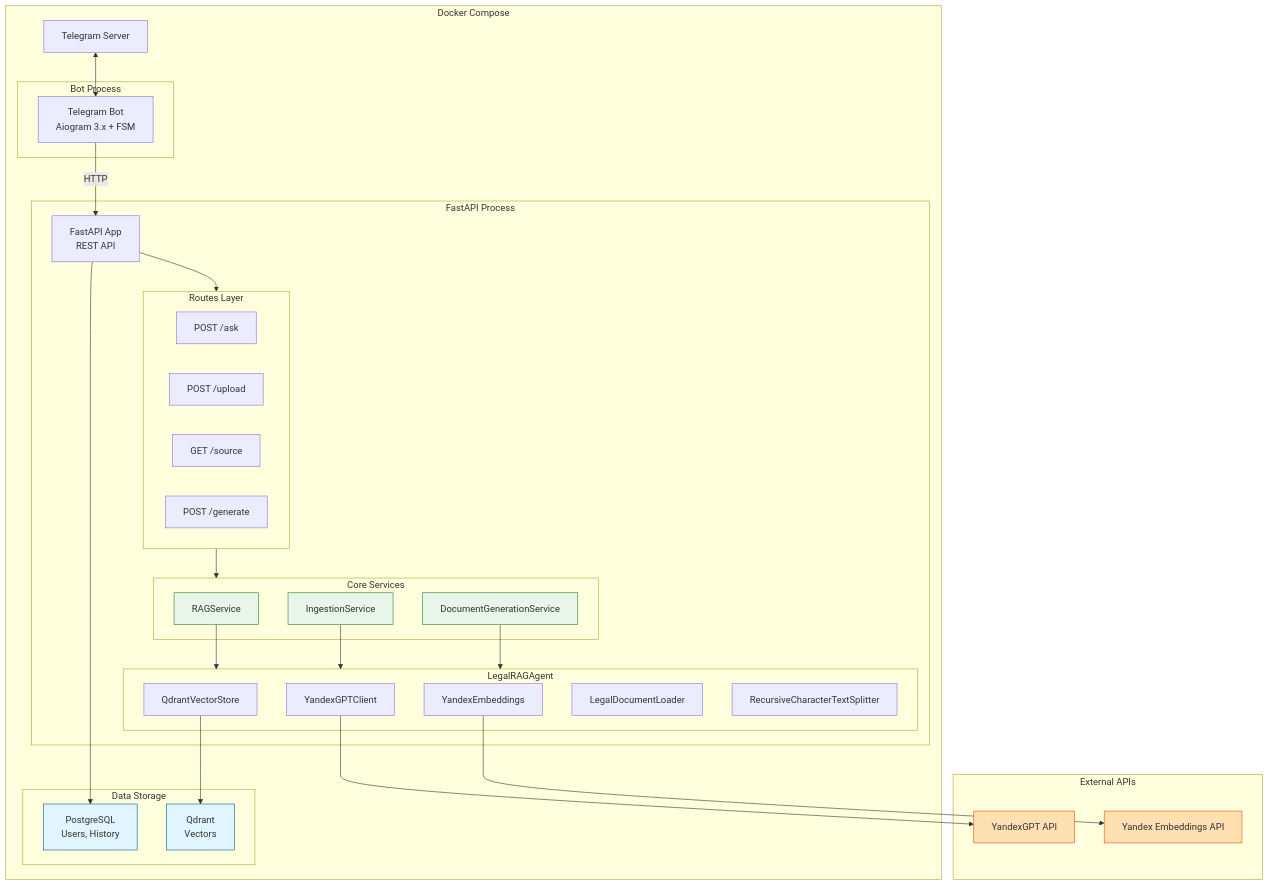
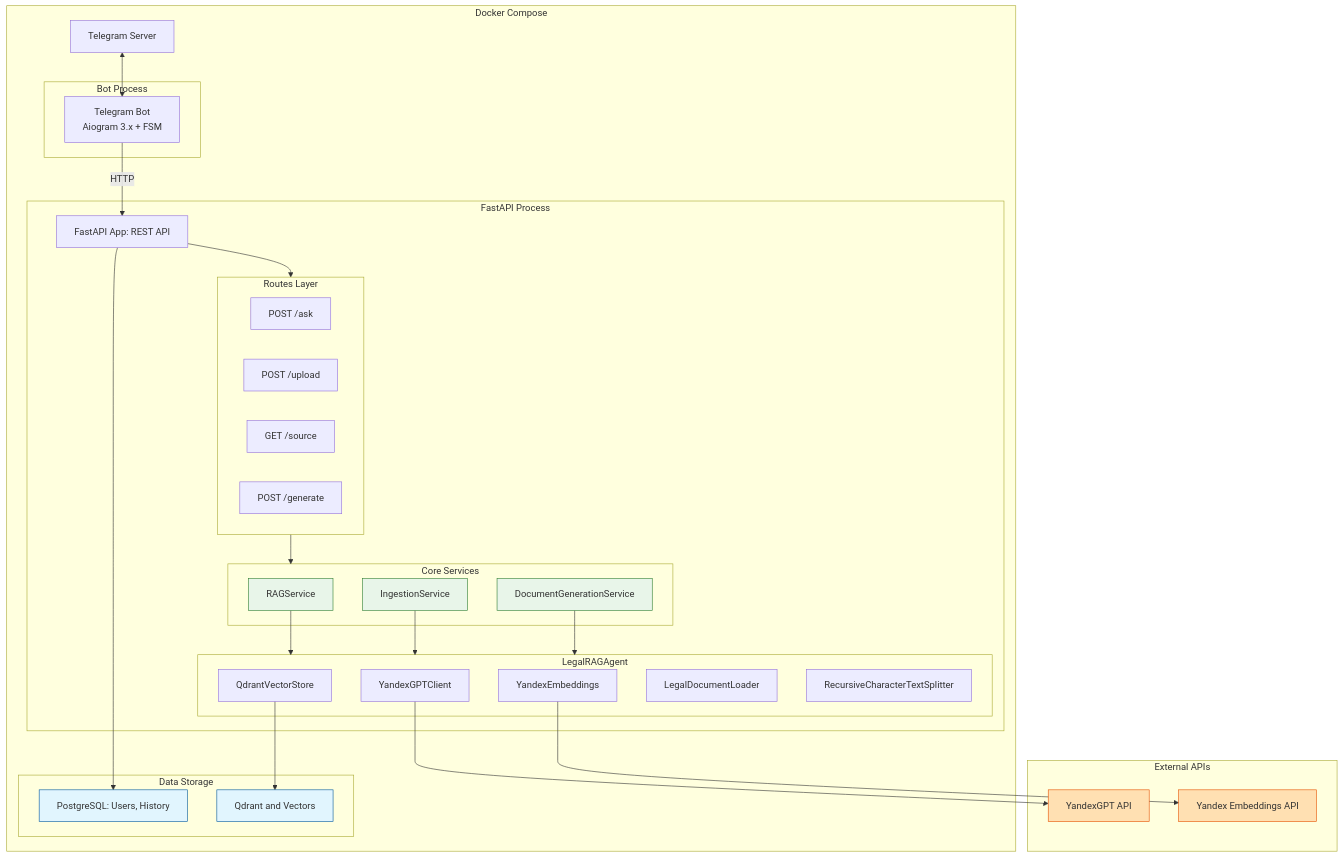
One commit to ugryumnik/hse-python-advanced-project changed the first of 3 diagrams in README.md. Above: the diagram before and after it, drawn with Mermaid.

````diff
--- a/README.md
+++ b/README.md
@@ -79,70 +79,70 @@
 ```mermaid
 graph TD
     subgraph Infrastructure["Docker Compose"]
         TG["Telegram Server"]
         
         subgraph BotContainer["Bot Process"]
             Bot["Telegram Bot\nAiogram 3.x + FSM"]
         end
         
         subgraph WebContainer["FastAPI Process"]
-            API["FastAPI App\nREST API"]
+            API["FastAPI App: REST API"]
             
             subgraph Routes["Routes Layer"]
                 AskRoute["POST /ask"]
                 UploadRoute["POST /upload"]
                 SourceRoute["GET /source"]
                 GenerateRoute["POST /generate"]
             end
             
             subgraph Services["Core Services"]
                 RAGSvc["RAGService"]
                 IngestionSvc["IngestionService"]
                 DocGenSvc["DocumentGenerationService"]
             end
             
             subgraph Agent["LegalRAGAgent"]
                 GPTClient["YandexGPTClient"]
                 Embeddings["YandexEmbeddings"]
                 VectorStore["QdrantVectorStore"]
                 DocLoader["LegalDocumentLoader"]
                 TextSplitter["RecursiveCharacterTextSplitter"]
             end
         end
 
         subgraph DataLayer["Data Storage"]
-            PG["PostgreSQL\nUsers, History"]
-            Qdrant["Qdrant\nVectors"]
+            PG["PostgreSQL: Users, History"]
+            Qdrant["Qdrant and Vectors"]
         end
     end
     
     subgraph External["External APIs"]
         YandexGPT["YandexGPT API"]
         YandexEmbed["Yandex Embeddings API"]
     end
 
     TG <--> Bot
     Bot -->|HTTP| API
     
     API --> Routes
     Routes --> Services
     
     RAGSvc --> Agent
     IngestionSvc --> Agent
     DocGenSvc --> Agent
     
     GPTClient --> YandexGPT
     Embeddings --> YandexEmbed
     VectorStore --> Qdrant
     
     API --> PG
     
     classDef external fill:#ffe0b2,stroke:#e65100
     classDef storage fill:#e1f5fe,stroke:#01579b
     classDef service fill:#e8f5e9,stroke:#2e7d32
     
     class YandexGPT,YandexEmbed external
     class PG,Qdrant storage
     class RAGSvc,IngestionSvc,DocGenSvc service
 
 ```
````
